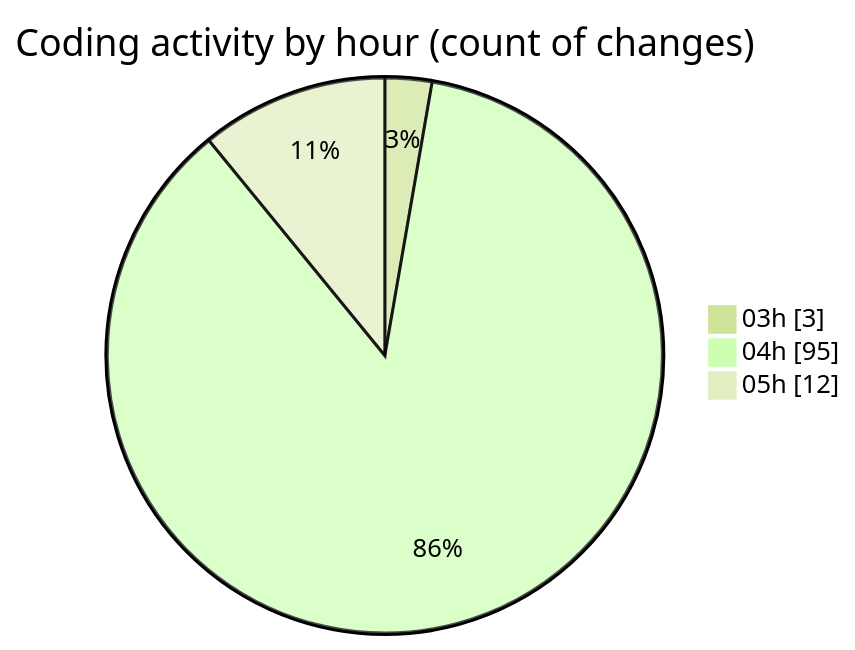
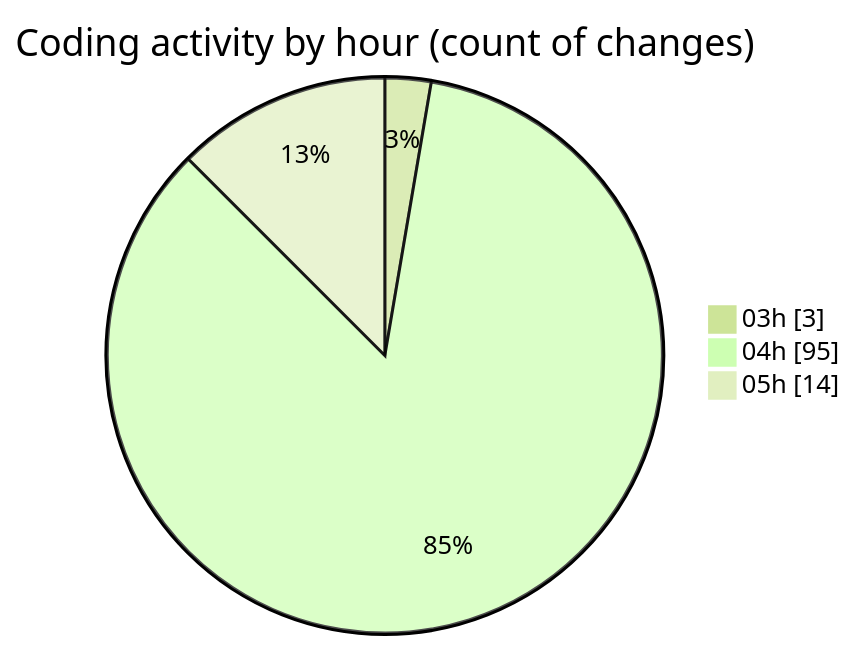
Before and after one commit to ernivani/code-tracking: the second of 2 diagrams in 2025-01-03/tinycms/README.md, drawn with Mermaid (forest theme). The commit also changed other lines of this file and 2 other files, not shown here.

````diff
--- a/2025-01-03/tinycms/README.md
+++ b/2025-01-03/tinycms/README.md
@@ -54,7 +54,7 @@
 ```mermaid
 pie showData
 title Coding activity by hour (count of changes)
 "03h" : 3
 "04h" : 95
-"05h" : 12
+"05h" : 14
 ```
````
